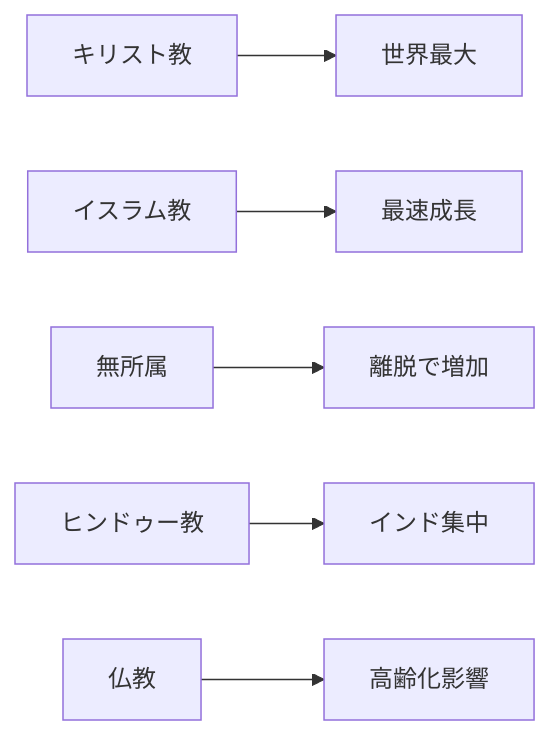
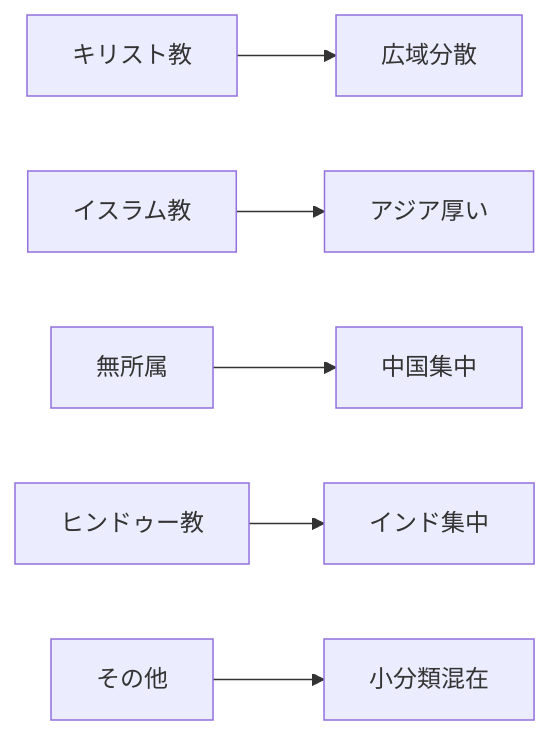
The diagram in articles/report/world-religions-demography/ja/index.mdx (daylight55/research), drawn with Mermaid before and after one commit. The commit also changed other lines of this file and 6 other files, not shown here.

````diff
--- a/articles/report/world-religions-demography/ja/index.mdx
+++ b/articles/report/world-religions-demography/ja/index.mdx
@@ -34,8 +34,8 @@
 ```mermaid
 flowchart LR
-  C["キリスト教"] --> W["世界最大"]
-  M["イスラム教"] --> G["最速成長"]
-  N["無所属"] --> S["離脱で増加"]
+  C["キリスト教"] --> D["広域分散"]
+  M["イスラム教"] --> A["アジア厚い"]
+  N["無所属"] --> X["中国集中"]
   H["ヒンドゥー教"] --> I["インド集中"]
-  B["仏教"] --> A["高齢化影響"]
+  O["その他"] --> L["小分類混在"]
 ```
````
